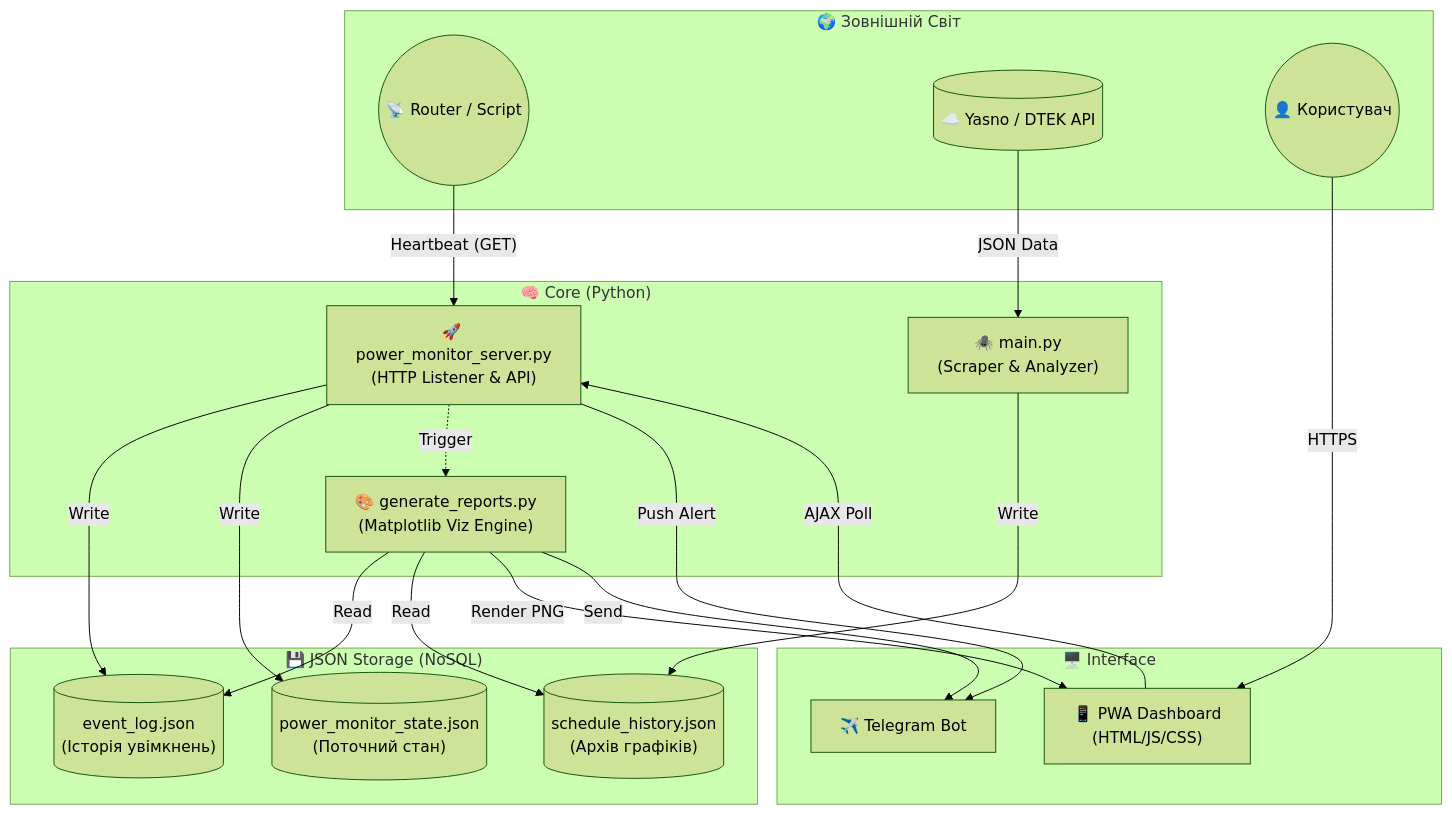
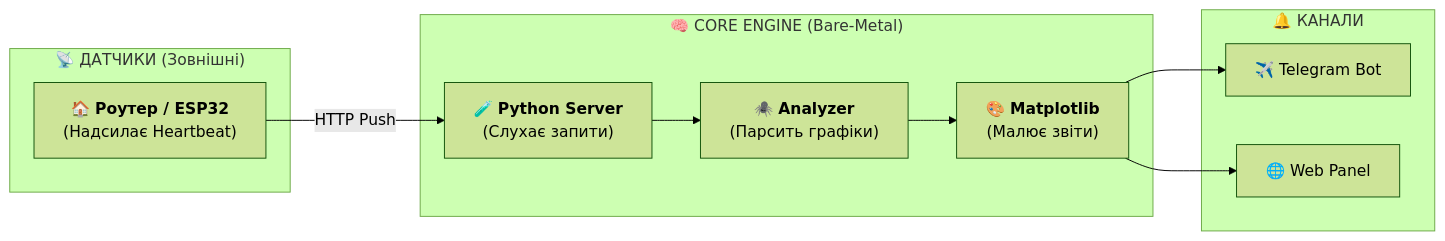
The diagram in README.md (weby-homelab/light-monitor-kyiv), drawn with Mermaid (forest theme) before and after one commit. The commit also changed other lines of this file and 1 other file, not shown here.

````diff
--- a/README.md
+++ b/README.md
@@ -48,44 +31,23 @@
 ```mermaid
-graph TD
-    subgraph External["🌍 Зовнішній Світ"]
-        Router(("📡 Router / Script"))
-        Yasno[("☁️ Yasno / DTEK API")]
-        User(("👤 Користувач"))
+graph LR
+    subgraph Sensors ["📡 ДАТЧИКИ (Зовнішні)"]
+        Router["🏠 <b>Роутер / ESP32</b><br/>(Надсилає Heartbeat)"]
     end
 
-    subgraph Backend["🧠 Core (Python)"]
-        Monitor["🚀 power_monitor_server.py<br>(HTTP Listener & API)"]
-        Scraper["🕷️ main.py<br>(Scraper & Analyzer)"]
-        Generator["🎨 generate_reports.py<br>(Matplotlib Viz Engine)"]
+    subgraph Core ["🧠 CORE ENGINE (Bare-Metal)"]
+        API["🧪 <b>Python Server</b><br/>(Слухає запити)"]
+        Parser["🕷️ <b>Analyzer</b><br/>(Парсить графіки)"]
+        Viz["🎨 <b>Matplotlib</b><br/>(Малює звіти)"]
     end
 
-    subgraph Database["💾 JSON Storage (NoSQL)"]
-        EventLog[("event_log.json<br>(Історія увімкнень)")]
-        SchedLog[("schedule_history.json<br>(Архів графіків)")]
-        State[("power_monitor_state.json<br>(Поточний стан)")]
+    subgraph Notify ["🔔 КАНАЛИ"]
+        TG["✈️ Telegram Bot"]
+        Web["🌐 Web Panel"]
     end
 
-    subgraph Frontend["🖥️ Interface"]
-        TG["✈️ Telegram Bot"]
-        PWA["📱 PWA Dashboard<br>(HTML/JS/CSS)"]
-    end
-
-    %% Data Flow
-    Router -- "Heartbeat (GET)" --> Monitor
-    Yasno -- "JSON Data" --> Scraper
-    
-    %% Logic
-    Monitor -- "Write" --> EventLog & State
-    Scraper -- "Write" --> SchedLog
-    Monitor -.-> |"Trigger"| Generator
-    
-    %% Visualization
-    Generator -- "Read" --> EventLog & SchedLog
-    Generator -- "Render PNG" --> PWA
-    Generator -- "Send" --> TG
-    
-    %% User Interaction
-    Monitor -- "Push Alert" --> TG
-    User -- "HTTPS" --> PWA
-    PWA -- "AJAX Poll" --> Monitor
+    Router -- "HTTP Push" --> API
+    API --> Parser
+    Parser --> Viz
+    Viz --> TG
+    Viz --> Web
 ```
````
